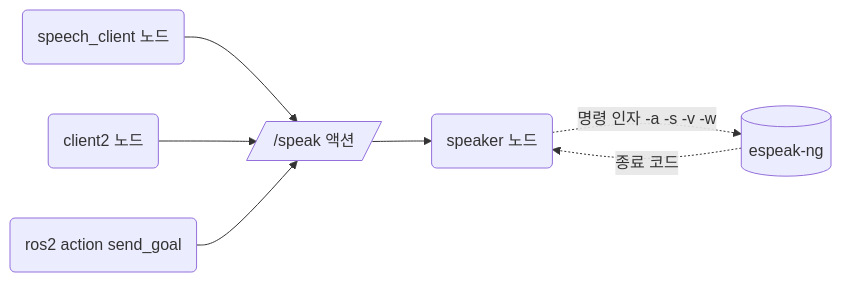
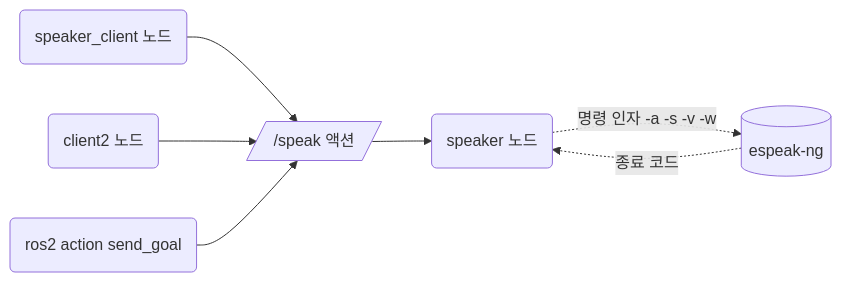
One commit to PJW-1/rosbook_guide changed the second of 4 diagrams in ch19_software_library.md. Above: the diagram before and after it, drawn with Mermaid. The commit also changed other lines of this file and 4 other files, not shown here.

````diff
--- a/ch19_software_library.md
+++ b/ch19_software_library.md
@@ -39,15 +39,15 @@
 ```mermaid
 flowchart LR
-  c1("speech_client 노드")
+  c1("speaker_client 노드")
   c2("client2 노드")
   cli("ros2 action send_goal")
   speak[/"/speak 액션"/]
   server("speaker 노드")
   lib[("espeak-ng")]
   c1 --> speak
   c2 --> speak
   cli --> speak
   speak --> server
   server -.->|"명령 인자 -a -s -v -w"| lib
   lib -.->|"종료 코드"| server
 ```
````
